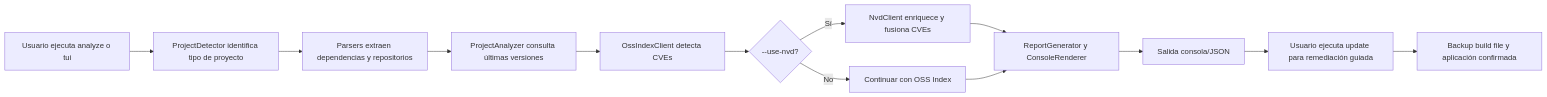
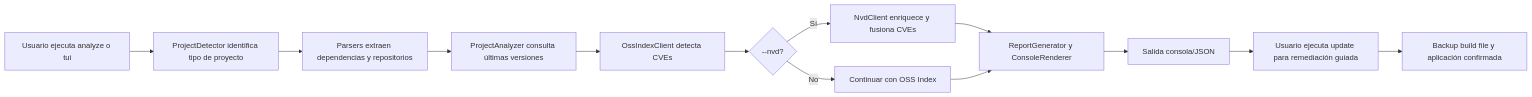
One commit to UPT-FAING-EPIS/proyecto-si784-2026-i-u1-analizador-de-dependencias changed the third of 8 diagrams in docs/FD03-EPIS-Informe Especificación Requerimientos.md. Above: the diagram before and after it, drawn with Mermaid. The commit also changed other lines of this file and 10 other files, not shown here.

````diff
--- a/docs/FD03-EPIS-Informe Especificación Requerimientos.md
+++ b/docs/FD03-EPIS-Informe Especificación Requerimientos.md
@@ -194,15 +194,15 @@
 ```mermaid
 flowchart LR
     A[Usuario ejecuta analyze o tui] --> B[ProjectDetector identifica tipo de proyecto]
     B --> C[Parsers extraen dependencias y repositorios]
     C --> D[ProjectAnalyzer consulta últimas versiones]
     D --> E[OssIndexClient detecta CVEs]
-    E --> F{--use-nvd?}
+    E --> F{--nvd?}
     F -- Sí --> G[NvdClient enriquece y fusiona CVEs]
     F -- No --> H[Continuar con OSS Index]
     G --> I[ReportGenerator y ConsoleRenderer]
     H --> I
     I --> J[Salida consola/JSON]
     J --> K[Usuario ejecuta update para remediación guiada]
     K --> L[Backup build file y aplicación confirmada]
 ```
````
